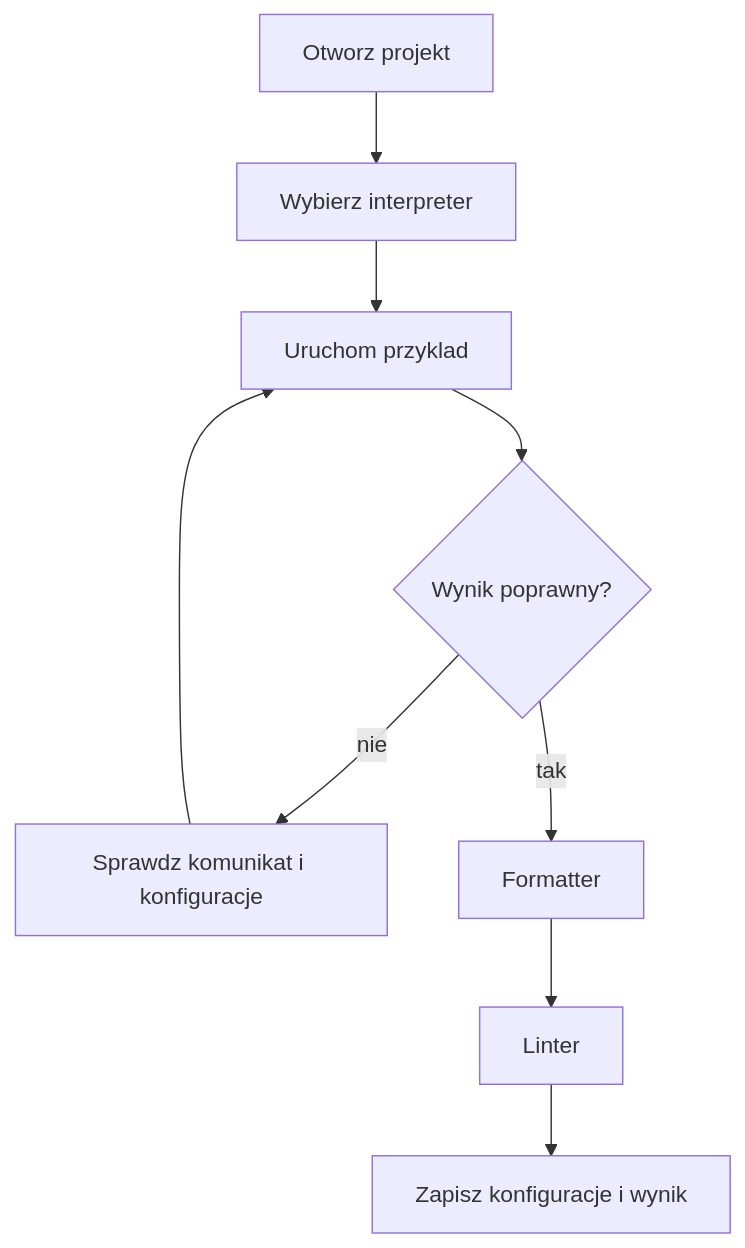
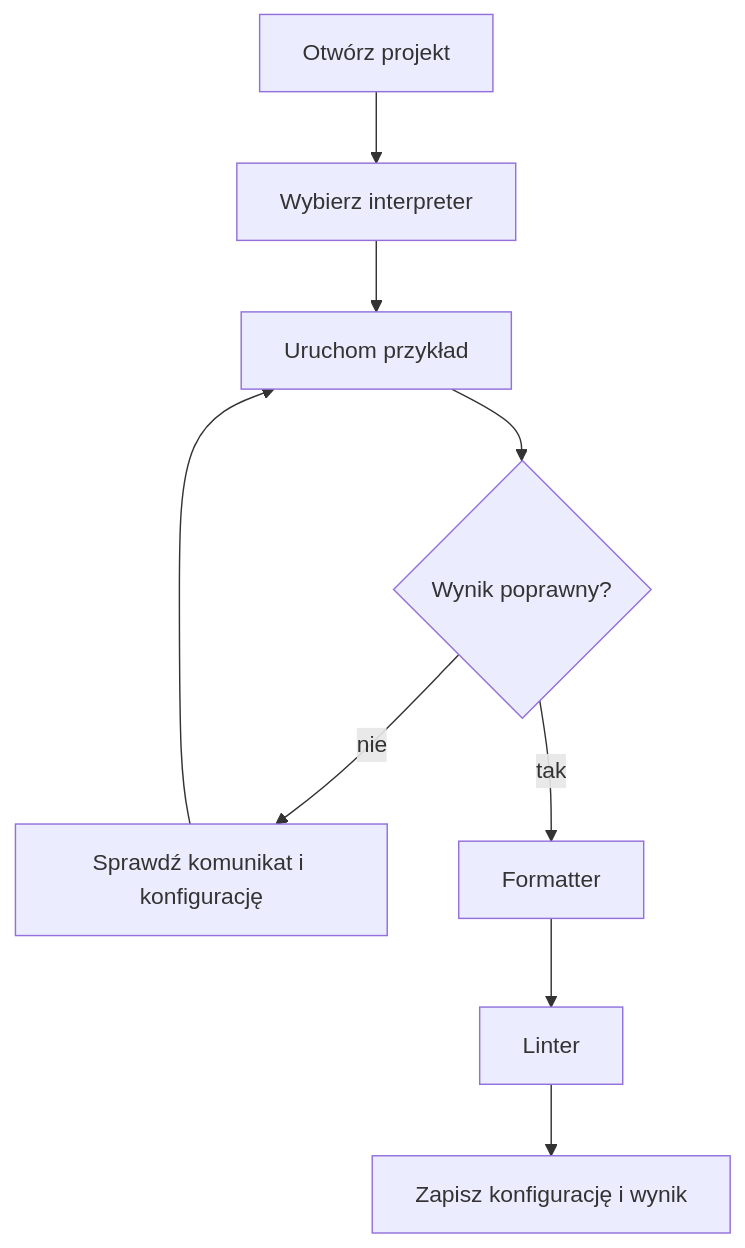
The diagram in src/01-organizacja/03-ide-i-konfiguracja/README.md (tborzyszkowski/warsztat-programisty-pjatk), drawn with Mermaid before and after one commit. The commit also changed other lines of this file and 10 other files, not shown here.

Commit message:
Fix typos and improve language consistency in documentation and code comments across multiple files; update diagrams for clarity and correctness.

````diff
--- a/src/01-organizacja/03-ide-i-konfiguracja/README.md
+++ b/src/01-organizacja/03-ide-i-konfiguracja/README.md
@@ -160,11 +160,11 @@
 ```mermaid
 flowchart TD
-    A[Otworz projekt] --> B[Wybierz interpreter]
-    B --> C[Uruchom przyklad]
+    A[Otwórz projekt] --> B[Wybierz interpreter]
+    B --> C[Uruchom przykład]
     C --> D{Wynik poprawny?}
-    D -- nie --> E[Sprawdz komunikat i konfiguracje]
+    D -- nie --> E[Sprawdź komunikat i konfigurację]
     E --> C
     D -- tak --> F[Formatter]
     F --> G[Linter]
-    G --> H[Zapisz konfiguracje i wynik]
+    G --> H[Zapisz konfigurację i wynik]
 ```
````
